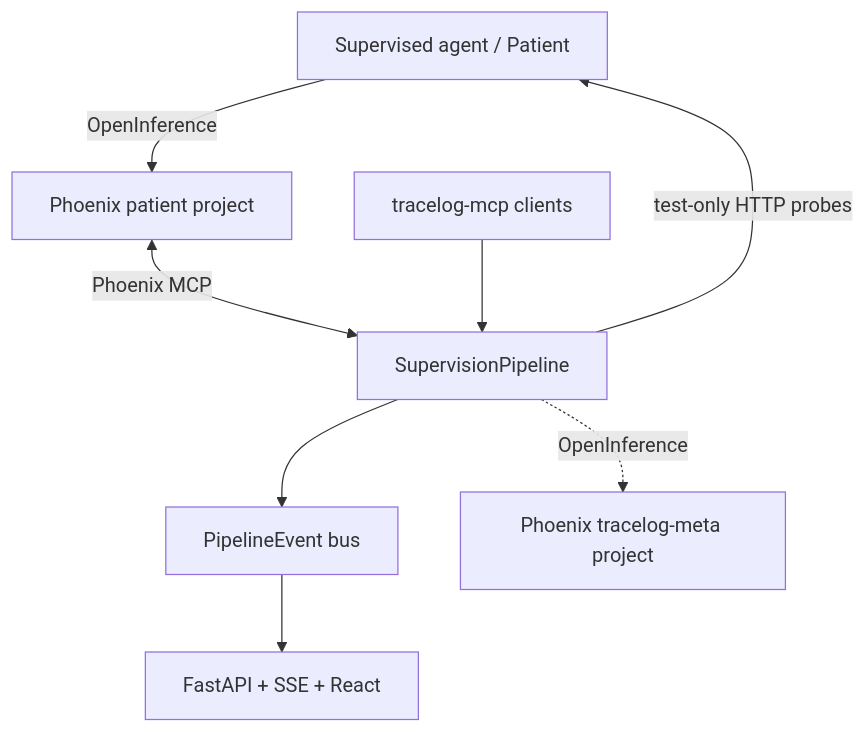
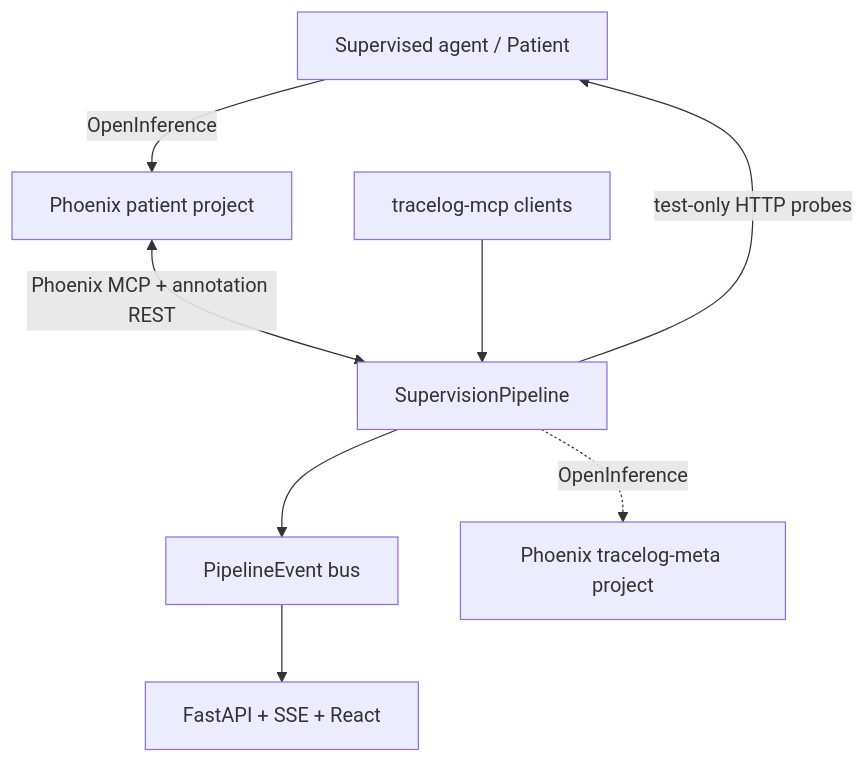
One commit to shekh5/traceLog changed the diagram in docs/ARCHITECTURE.md. Above: the diagram before and after it, drawn with Mermaid. The commit also changed other lines of this file and 37 other files, not shown here.

````diff
--- a/docs/ARCHITECTURE.md
+++ b/docs/ARCHITECTURE.md
@@ -16,10 +18,10 @@
 ```mermaid
 flowchart TB
     Patient["Supervised agent / Patient"] -->|"OpenInference"| Prod["Phoenix patient project"]
-    Prod <-->|"Phoenix MCP"| Pipeline["SupervisionPipeline"]
+    Prod <-->|"Phoenix MCP + annotation REST"| Pipeline["SupervisionPipeline"]
     Pipeline -->|"test-only HTTP probes"| Patient
     Pipeline --> Events["PipelineEvent bus"]
     Events --> Dashboard["FastAPI + SSE + React"]
     Pipeline -.->|"OpenInference"| Meta["Phoenix tracelog-meta project"]
     MCP["tracelog-mcp clients"] --> Pipeline
 ```
````
